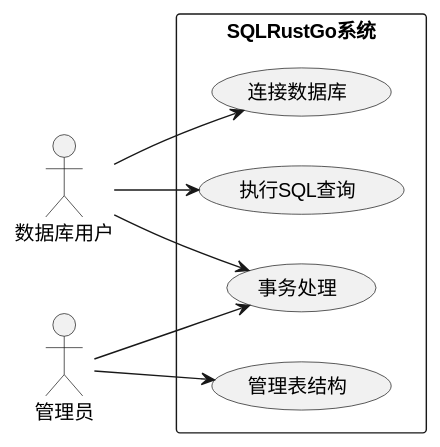
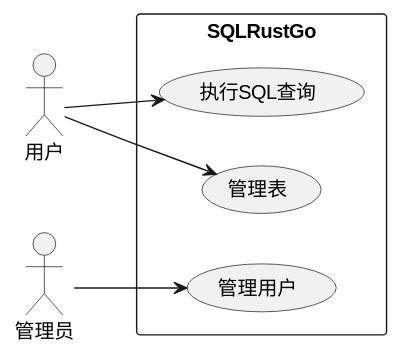
One commit to yinglichina8848/sqlrustgo changed the diagram in docs/教学计划/PPT/第2讲-结构化设计与UML基础.md. Above: the diagram before and after it, drawn with PlantUML. The commit also changed other lines of this file and 35 other files, not shown here.

````diff
--- a/docs/教学计划/PPT/第2讲-结构化设计与UML基础.md
+++ b/docs/教学计划/PPT/第2讲-结构化设计与UML基础.md
@@ -261,20 +163,12 @@
 ```plantuml
 @startuml
 left to right direction
-actor "数据库用户" as User
-actor "管理员" as Admin
-
-rectangle "SQLRustGo系统" {
-  usecase "连接数据库" as UC1
-  usecase "执行SQL查询" as UC2
-  usecase "管理表结构" as UC3
-  usecase "事务处理" as UC4
+actor User as "用户"
+actor Admin as "管理员"
+rectangle "SQLRustGo" {
+  User --> (执行SQL查询)
+  User --> (管理表)
+  Admin --> (管理用户)
 }
-
-User --> UC1
-User --> UC2
-User --> UC4
-Admin --> UC3
-Admin --> UC4
 @enduml
 ```
````
